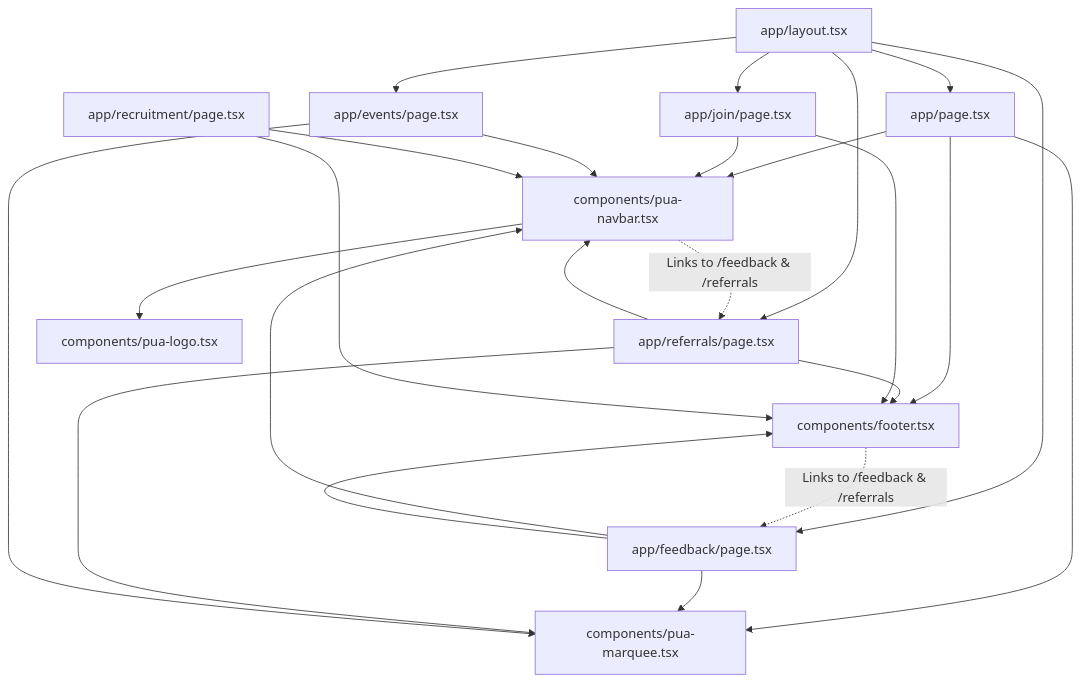
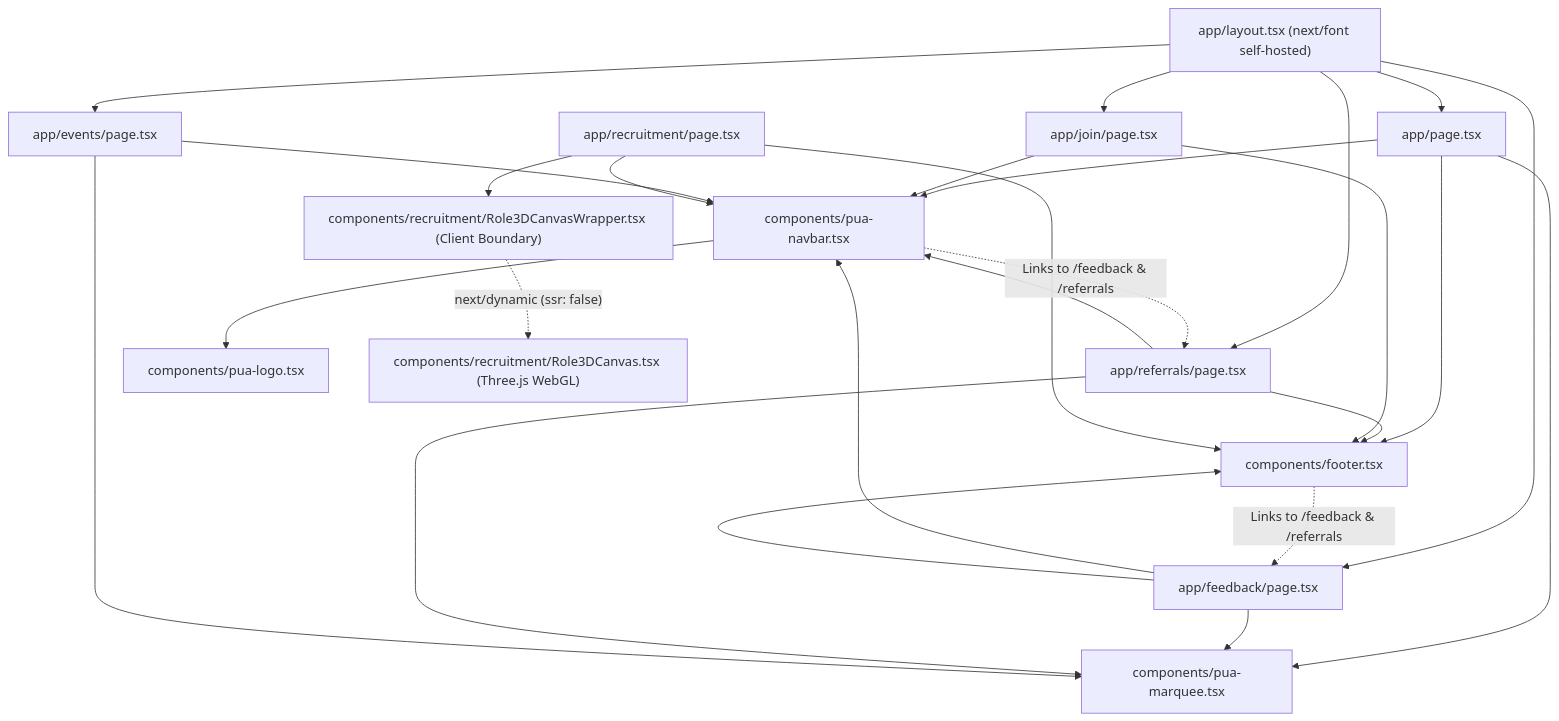
One commit to AhmedNasser-bug/icpcpua changed the diagram in docs/architecture/dependency-graph.md. Above: the diagram before and after it, drawn with Mermaid. The commit also changed other lines of this file and 20 other files, not shown here.

First line of the commit message:
perf: optimize Core Web Vitals, next/font, image formats, and bundle code-splitting

````diff
--- a/docs/architecture/dependency-graph.md
+++ b/docs/architecture/dependency-graph.md
@@ -7,46 +7,51 @@
 ```mermaid
 graph TD
-  LAYOUT["app/layout.tsx"]
+  LAYOUT["app/layout.tsx (next/font self-hosted)"]
   PAGE_HOME["app/page.tsx"]
   PAGE_FEEDBACK["app/feedback/page.tsx"]
   PAGE_JOIN["app/join/page.tsx"]
   PAGE_EVENTS["app/events/page.tsx"]
   PAGE_RECRUIT["app/recruitment/page.tsx"]
   PAGE_REFERRALS["app/referrals/page.tsx"]
 
   NAV["components/pua-navbar.tsx"]
   FOOTER["components/footer.tsx"]
   LOGO["components/pua-logo.tsx"]
   MARQUEE["components/pua-marquee.tsx"]
+
+  WRAPPER["components/recruitment/Role3DCanvasWrapper.tsx (Client Boundary)"]
+  THREE_CANVAS["components/recruitment/Role3DCanvas.tsx (Three.js WebGL)"]
 
   LAYOUT --> PAGE_HOME
   LAYOUT --> PAGE_FEEDBACK
   LAYOUT --> PAGE_JOIN
   LAYOUT --> PAGE_EVENTS
   LAYOUT --> PAGE_REFERRALS
 
   PAGE_HOME --> NAV
   PAGE_HOME --> FOOTER
   PAGE_HOME --> MARQUEE
 
   PAGE_FEEDBACK --> NAV
   PAGE_FEEDBACK --> FOOTER
   PAGE_FEEDBACK --> MARQUEE
 
   PAGE_REFERRALS --> NAV
   PAGE_REFERRALS --> FOOTER
   PAGE_REFERRALS --> MARQUEE
 
   PAGE_JOIN --> NAV
   PAGE_JOIN --> FOOTER
 
   PAGE_EVENTS --> NAV
   PAGE_EVENTS --> MARQUEE
 
   PAGE_RECRUIT --> NAV
   PAGE_RECRUIT --> FOOTER
+  PAGE_RECRUIT --> WRAPPER
+  WRAPPER -.->|"next/dynamic (ssr: false)"| THREE_CANVAS
 
   NAV --> LOGO
   FOOTER -.->|"Links to /feedback & /referrals"| PAGE_FEEDBACK
   NAV -.->|"Links to /feedback & /referrals"| PAGE_REFERRALS
 ```
````
